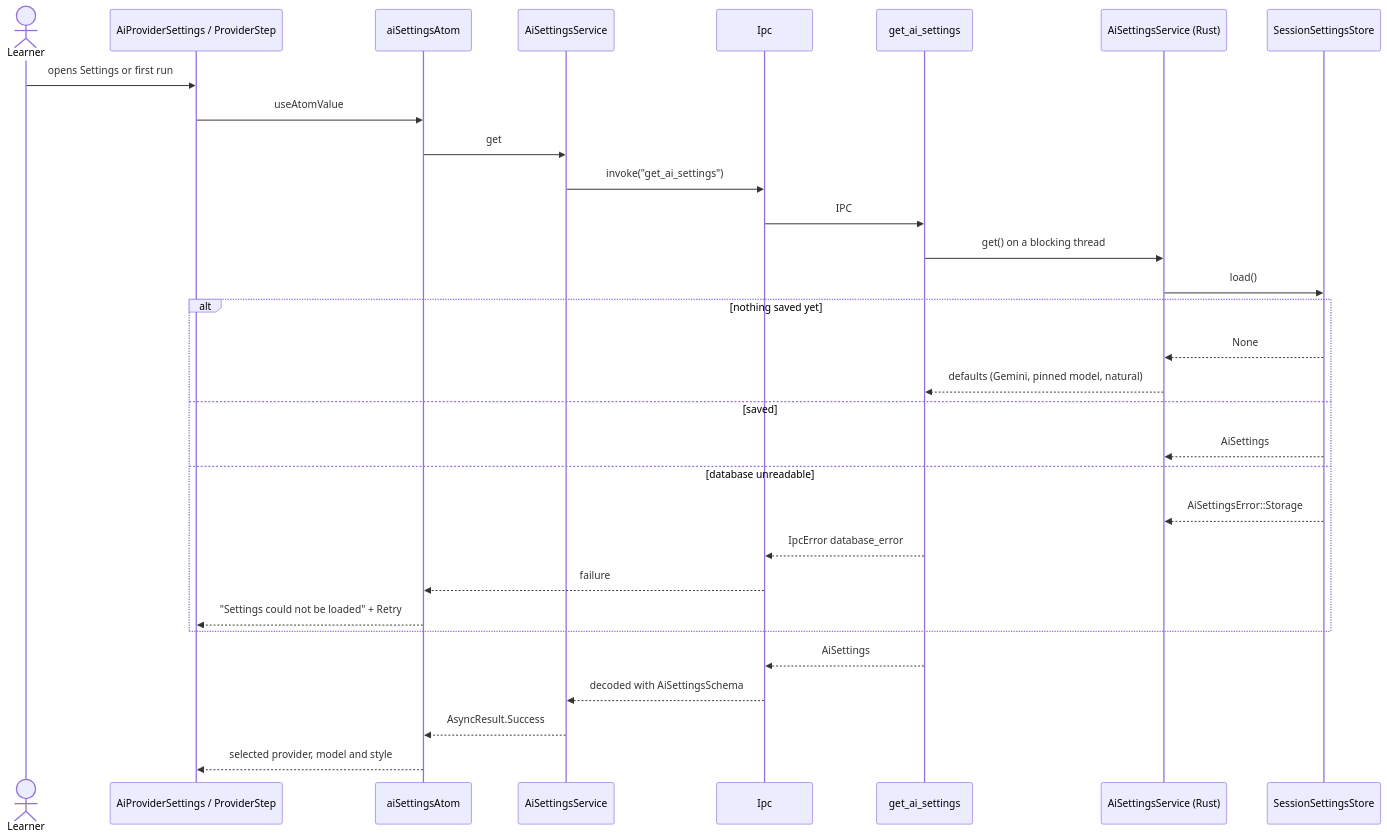
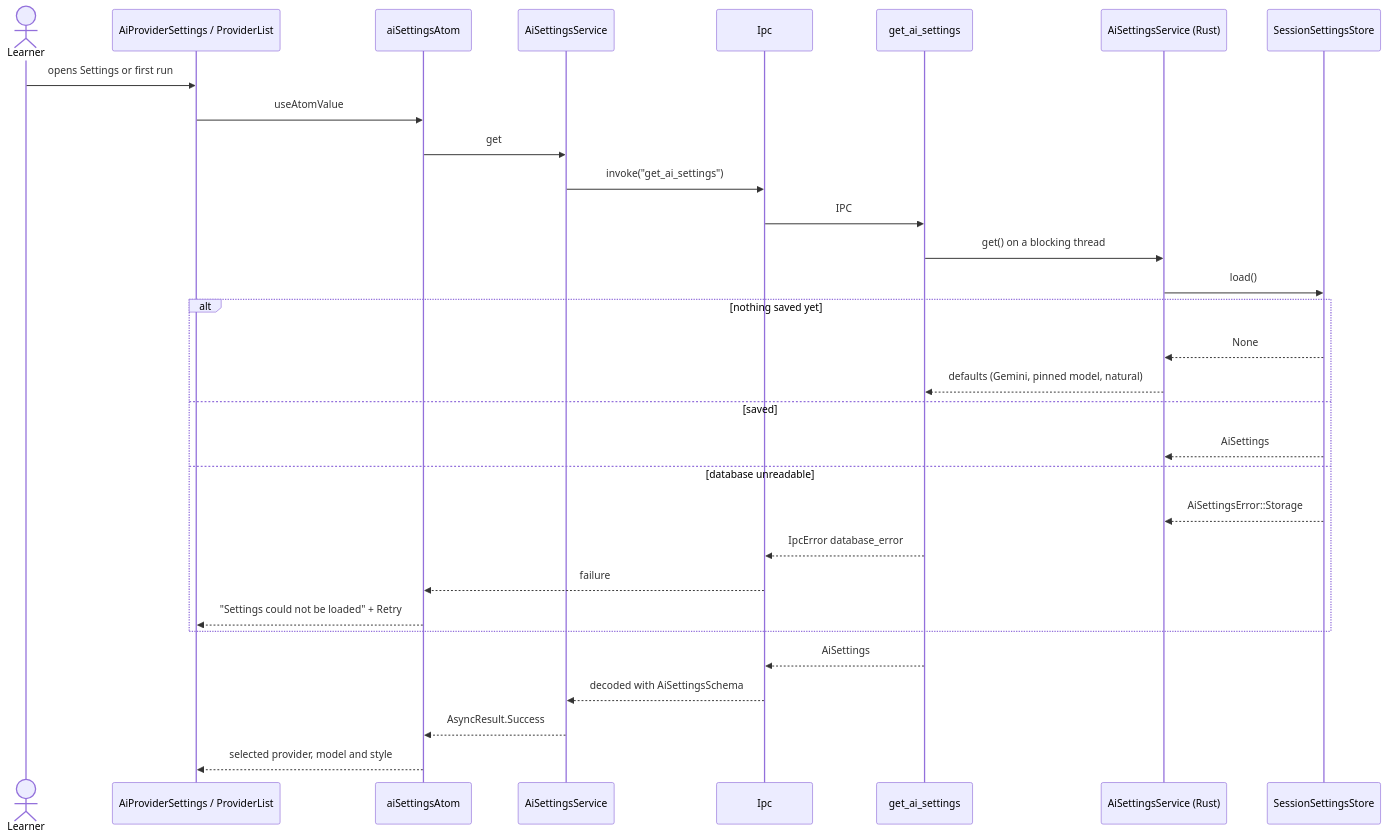
The first of 4 diagrams in src/core/ai-settings/flow.md (oleksii-latyshev/english-trainer), drawn with Mermaid before and after one commit. The commit also changed other lines of this file and 80 other files, not shown here.

First line of the commit message:
refactor(settings): first run in the target architecture and glass design (#62)

````diff
--- a/src/core/ai-settings/flow.md
+++ b/src/core/ai-settings/flow.md
@@ -10,34 +10,34 @@
 ```mermaid
 sequenceDiagram
     actor Learner
-    participant Component as AiProviderSettings / ProviderStep
+    participant Component as AiProviderSettings / ProviderList
     participant Atoms as aiSettingsAtom
     participant Service as AiSettingsService
     participant Ipc
     participant Command as get_ai_settings
     participant Rust as AiSettingsService (Rust)
     participant Store as SessionSettingsStore
 
     Learner->>Component: opens Settings or first run
     Component->>Atoms: useAtomValue
     Atoms->>Service: get
     Service->>Ipc: invoke("get_ai_settings")
     Ipc->>Command: IPC
     Command->>Rust: get() on a blocking thread
     Rust->>Store: load()
     alt nothing saved yet
         Store-->>Rust: None
         Rust-->>Command: defaults (Gemini, pinned model, natural)
     else saved
         Store-->>Rust: AiSettings
     else database unreadable
         Store-->>Rust: AiSettingsError::Storage
         Command-->>Ipc: IpcError database_error
         Ipc-->>Atoms: failure
         Atoms-->>Component: "Settings could not be loaded" + Retry
     end
     Command-->>Ipc: AiSettings
     Ipc-->>Service: decoded with AiSettingsSchema
     Service-->>Atoms: AsyncResult.Success
     Atoms-->>Component: selected provider, model and style
 ```
````
